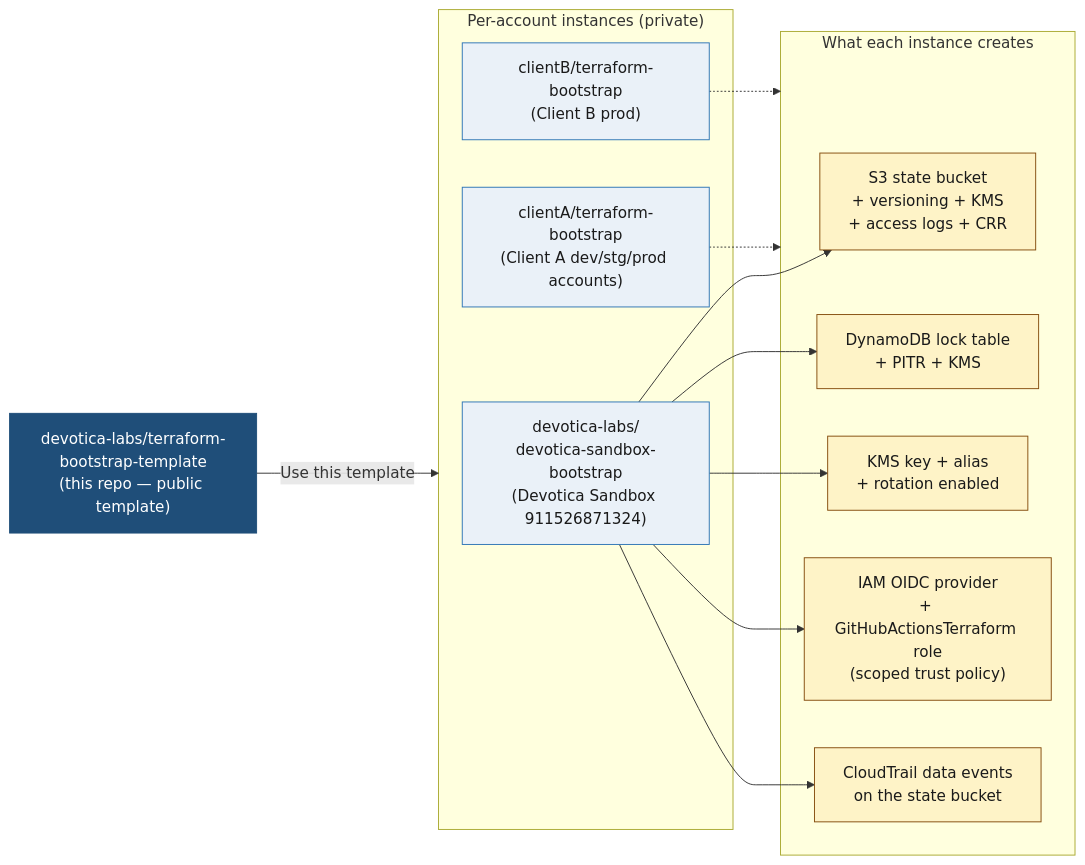
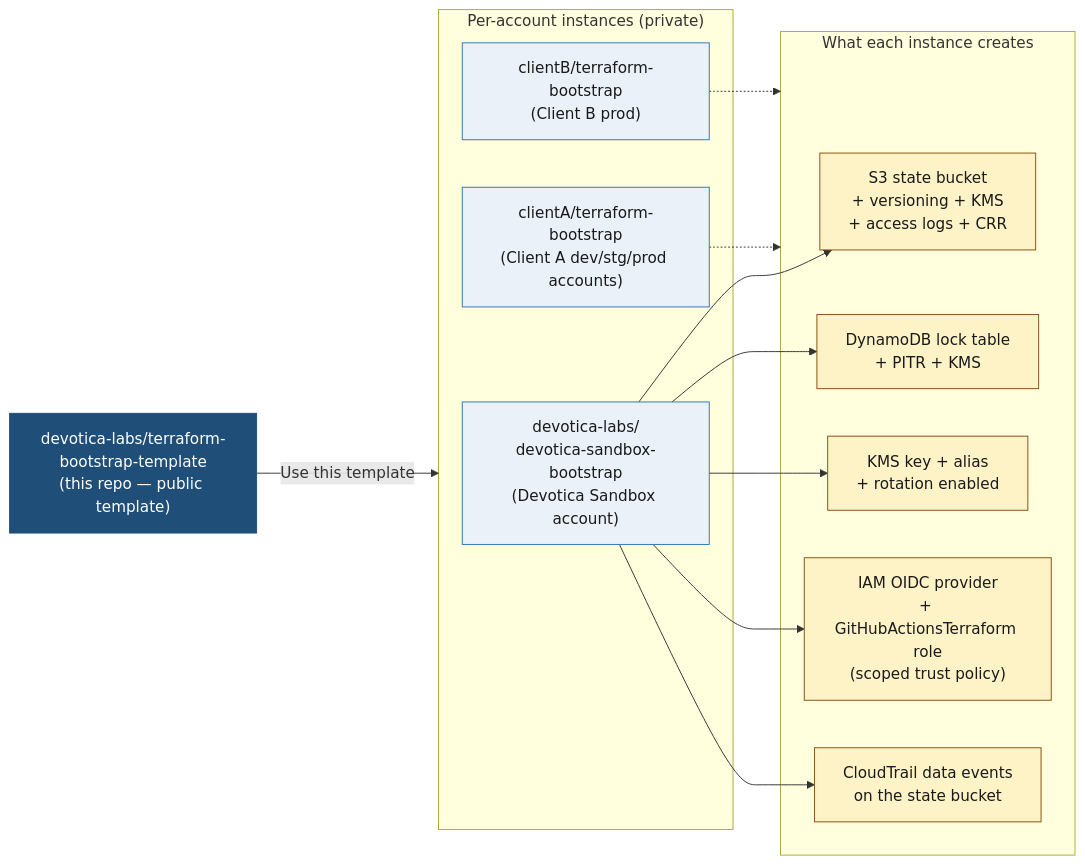
One commit to devotica-labs/terraform-bootstrap-template changed the diagram in README.md. Above: the diagram before and after it, drawn with Mermaid. The commit also changed other lines of this file and 1 other file, not shown here.

Commit message:
client reference account mask

````diff
--- a/README.md
+++ b/README.md
@@ -11,34 +11,34 @@
 ```mermaid
 flowchart LR
     TPL["devotica-labs/terraform-bootstrap-template<br/>(this repo — public template)"]
 
     subgraph Inst["Per-account instances (private)"]
-        SBX["devotica-labs/<br/>devotica-sandbox-bootstrap<br/>(Devotica Sandbox 911526871324)"]
+        SBX["devotica-labs/<br/>devotica-sandbox-bootstrap<br/>(Devotica Sandbox account)"]
         CA["clientA/terraform-bootstrap<br/>(Client A dev/stg/prod accounts)"]
         CB["clientB/terraform-bootstrap<br/>(Client B prod)"]
     end
 
     subgraph AWS["What each instance creates"]
         S3["S3 state bucket<br/>+ versioning + KMS<br/>+ access logs + CRR"]
         DDB["DynamoDB lock table<br/>+ PITR + KMS"]
         KMS["KMS key + alias<br/>+ rotation enabled"]
         OIDC["IAM OIDC provider<br/>+ GitHubActionsTerraform role<br/>(scoped trust policy)"]
         CT["CloudTrail data events<br/>on the state bucket"]
     end
 
     TPL -->|Use this template| Inst
     SBX --> S3
     SBX --> DDB
     SBX --> KMS
     SBX --> OIDC
     SBX --> CT
     CA -.-> AWS
     CB -.-> AWS
 
     classDef tpl fill:#1F4E79,color:#fff,stroke:#1F4E79;
     classDef inst fill:#eaf1f8,color:#1a1a1a,stroke:#2E75B6;
     classDef aws fill:#fef3c7,color:#1a1a1a,stroke:#854d0e;
     class TPL tpl;
     class SBX,CA,CB inst;
     class S3,DDB,KMS,OIDC,CT aws;
 ```
````
